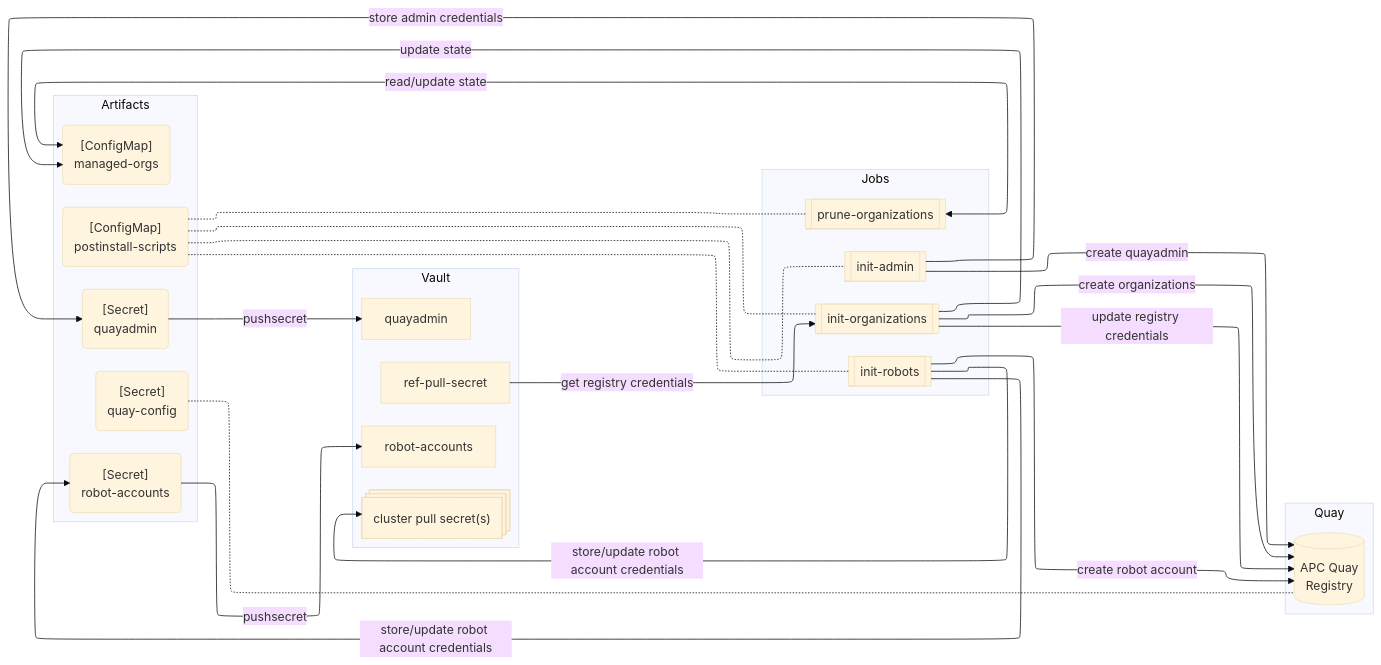
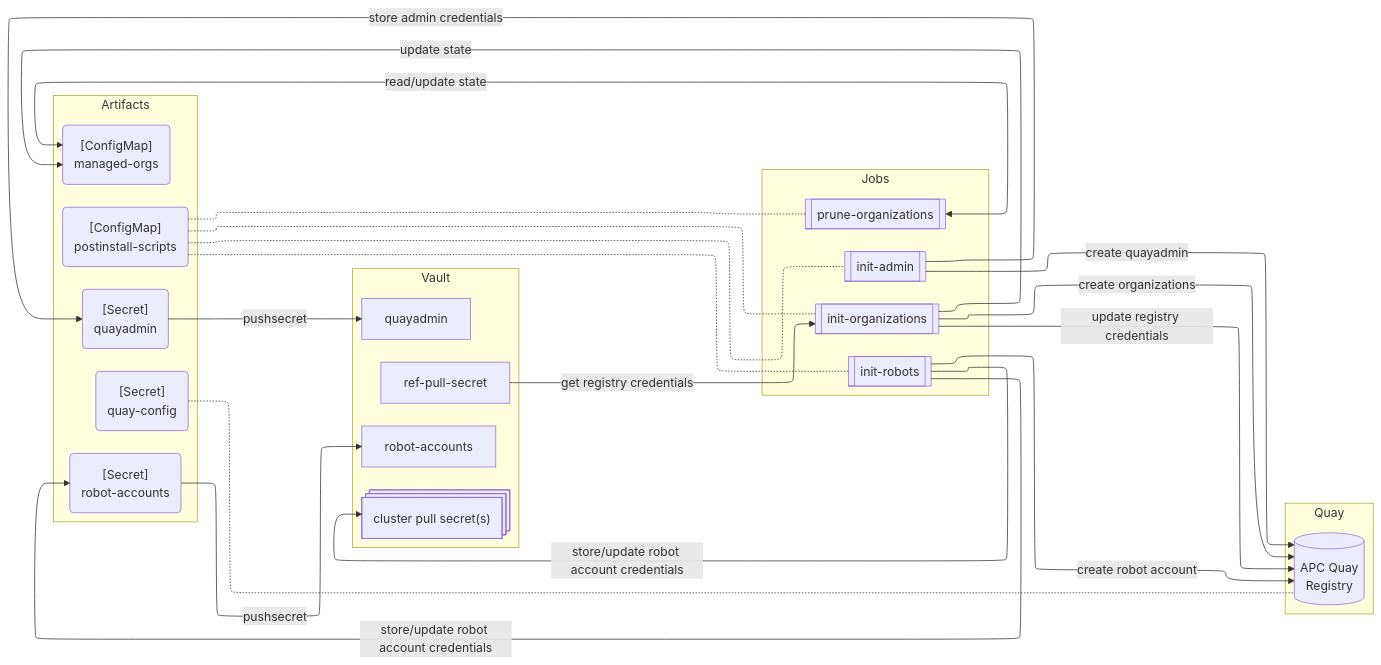
One commit to gr8it/charts-openshift changed the diagram in charts/quay-config/README.md. Above: the diagram before and after it, drawn with Mermaid.

Commit message:
update readme to show mermaid in black

````diff
--- a/charts/quay-config/README.md
+++ b/charts/quay-config/README.md
@@ -5,55 +5,51 @@
 ```mermaid
-%%{init: {
-  "theme":"base",
-  "flowchart": {"defaultRenderer": "elk"}
-  }
-}%%
+%%{init: {"layout": "elk"}}%%
 
 flowchart LR
 
   subgraph 1[Quay]
     quay-registry[(APC Quay<br>Registry)]
   end
 
   subgraph 2[Jobs]
     job-admin[[init-admin]]
     job-org[[init-organizations]]
     job-prune[[prune-organizations]]
     job-robot[[init-robots]]
   end
 
   subgraph 3[Artifacts]
     quay-config("[Secret]<br>quay-config")
     quayadmin-secret("[Secret]<br>quayadmin")
     robot-accounts-secret("[Secret]<br>robot-accounts")
     postinstall-scripts("[ConfigMap]<br>postinstall-scripts")
     managed-orgs("[ConfigMap]<br>managed-orgs")
   end
 
   subgraph 4[Vault]
     ref-pull-secret
     cluster-pull-secrets@{ shape: procs, label: "cluster pull secret(s)"}
     quayadmin
     robot-accounts
   end
 
 quay-config -.- quay-registry
 postinstall-scripts -.- job-admin
 postinstall-scripts -.- job-org
 postinstall-scripts -.- job-prune
 postinstall-scripts -.- job-robot
 
 job-prune <-- read/update state --> managed-orgs
 
 job-admin -- create quayadmin -->  quay-registry
 job-admin -- store admin credentials --> quayadmin-secret -- pushsecret --> quayadmin
 
 job-robot -- create robot account --> quay-registry
 job-robot -- store/update robot account credentials --> cluster-pull-secrets
 job-robot -- store/update robot account credentials --> robot-accounts-secret -- pushsecret --> robot-accounts
 
 job-org -- create organizations --> quay-registry
 ref-pull-secret -- get registry credentials --> job-org
 job-org -- update registry credentials --> quay-registry
 job-org -- update state --> managed-orgs
 ```
````
